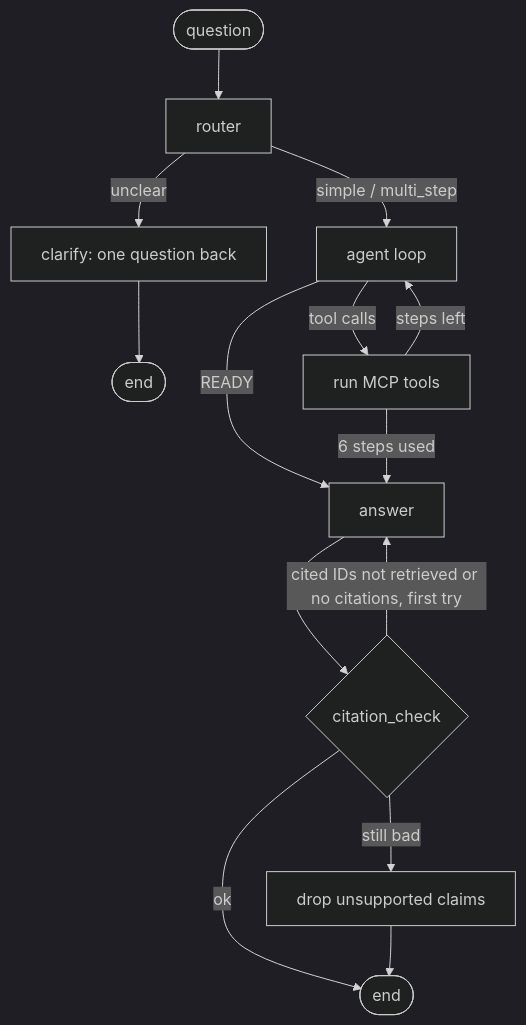
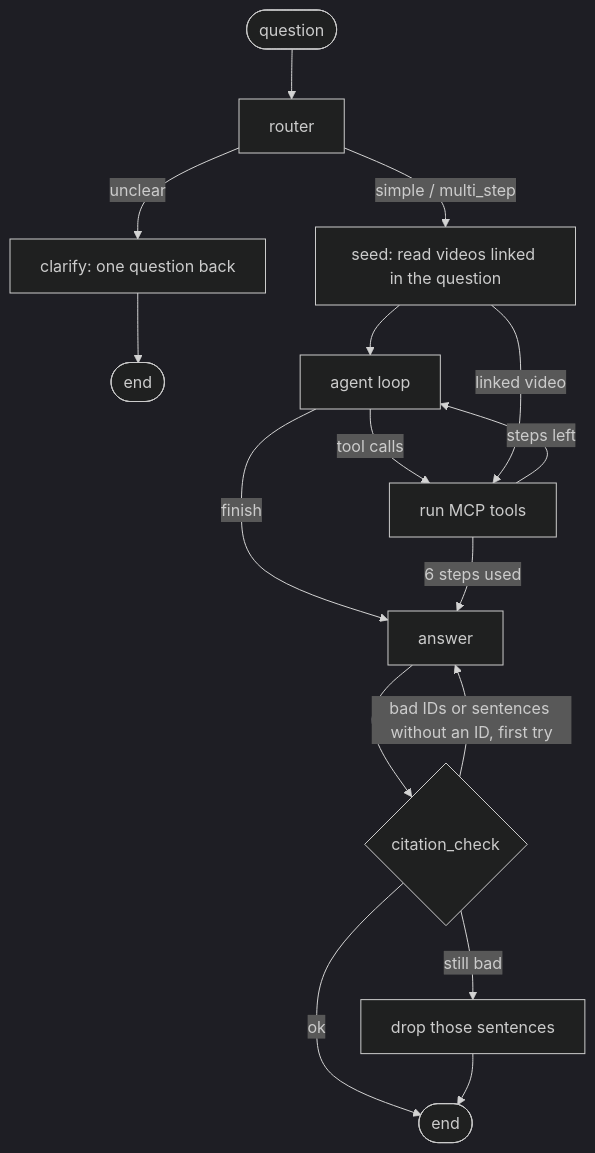
One commit to feynmanish/atlandex-agent changed the diagram in README.md. Above: the diagram before and after it, drawn with Mermaid (dark theme). The commit also changed other lines of this file and 8 other files, not shown here.

First line of the commit message:
Fixes 1 and 2: read linked videos first; finish tool and 600-token cap for agent turns

````diff
--- a/README.md
+++ b/README.md
@@ -9,16 +9,18 @@
 ```mermaid
 flowchart TD
     Q([question]) --> R[router]
     R -- unclear --> C[clarify: one question back]
     C --> E1([end])
-    R -- simple / multi_step --> A[agent loop]
+    R -- simple / multi_step --> S[seed: read videos linked in the question]
+    S --> A[agent loop]
     A -- tool calls --> T[run MCP tools]
+    S -- linked video --> T
     T -- steps left --> A
-    A -- READY --> AN[answer]
+    A -- finish --> AN[answer]
     T -- 6 steps used --> AN
     AN --> CC{citation_check}
-    CC -- cited IDs not retrieved or no citations, first try --> AN
-    CC -- still bad --> D[drop unsupported claims]
+    CC -- bad IDs or sentences without an ID, first try --> AN
+    CC -- still bad --> D[drop those sentences]
     CC -- ok --> E2([end])
     D --> E2
 ```
````
